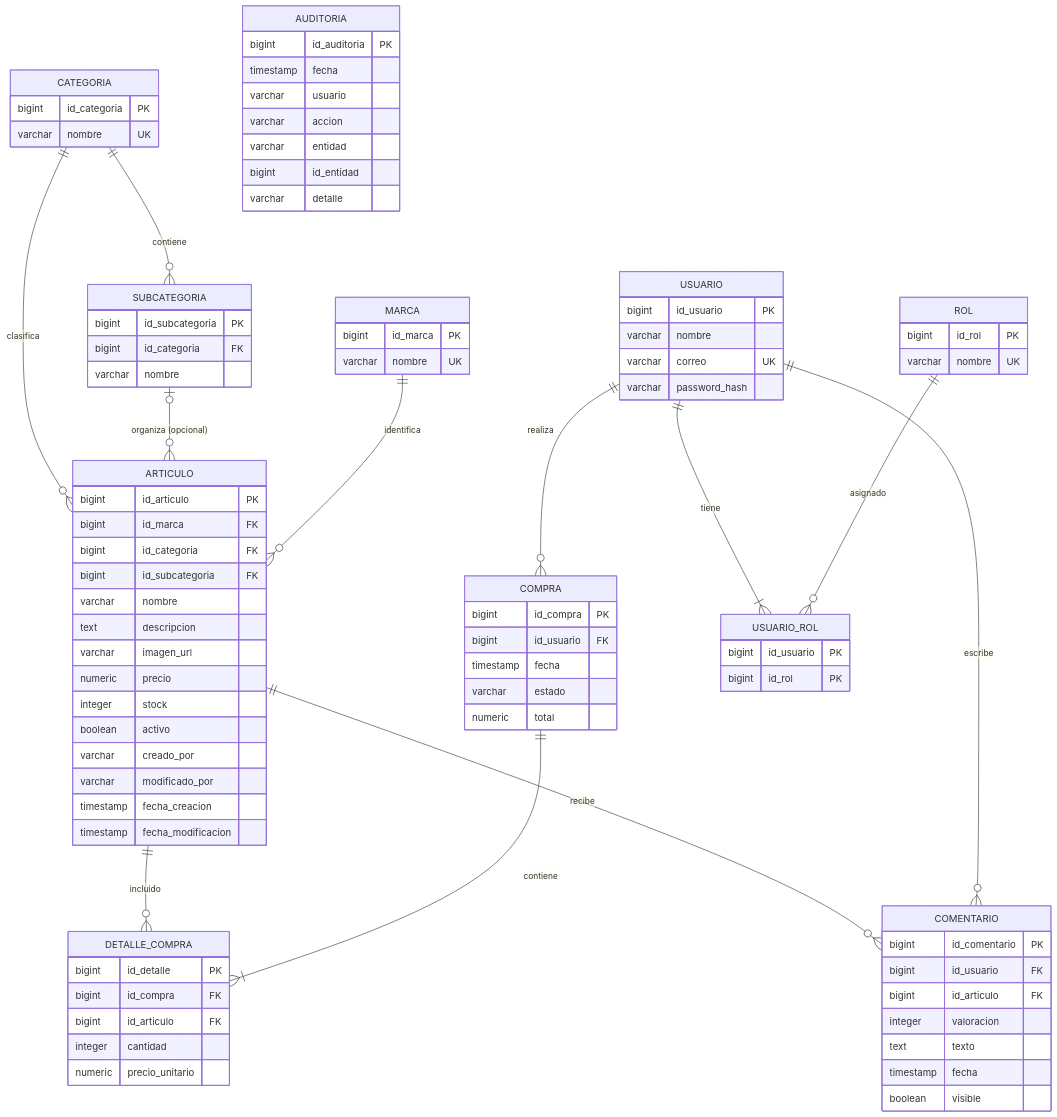
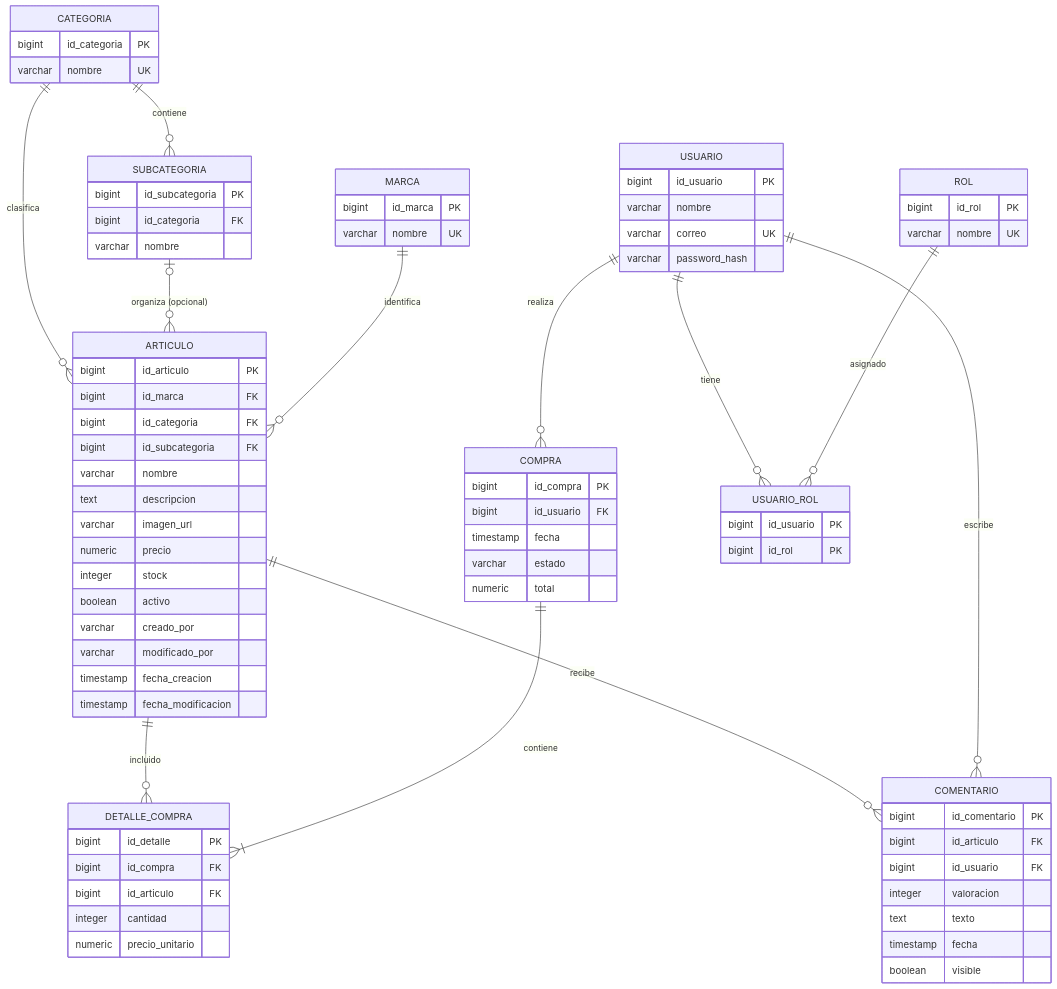
One commit to DavidRGR/tienda-informatica-spring changed the diagram in README.md. Above: the diagram before and after it, drawn with Mermaid. The commit also changed other lines of this file and 7 other files, not shown here.

````diff
--- a/README.md
+++ b/README.md
@@ -26,7 +107,7 @@
   ARTICULO ||--o{ DETALLE_COMPRA : incluido
   COMPRA ||--|{ DETALLE_COMPRA : contiene
   USUARIO ||--o{ COMPRA : realiza
-  USUARIO ||--|{ USUARIO_ROL : tiene
+  USUARIO ||--o{ USUARIO_ROL : tiene
   ROL ||--o{ USUARIO_ROL : asignado
   ARTICULO ||--o{ COMENTARIO : recibe
   USUARIO ||--o{ COMENTARIO : escribe
@@ -90,20 +171,11 @@
   }
   COMENTARIO {
     bigint id_comentario PK
+    bigint id_articulo FK
     bigint id_usuario FK
-    bigint id_articulo FK
     integer valoracion
     text texto
     timestamp fecha
     boolean visible
   }
-  AUDITORIA {
-    bigint id_auditoria PK
-    timestamp fecha
-    varchar usuario
-    varchar accion
-    varchar entidad
-    bigint id_entidad
-    varchar detalle
-  }
 ```
````
